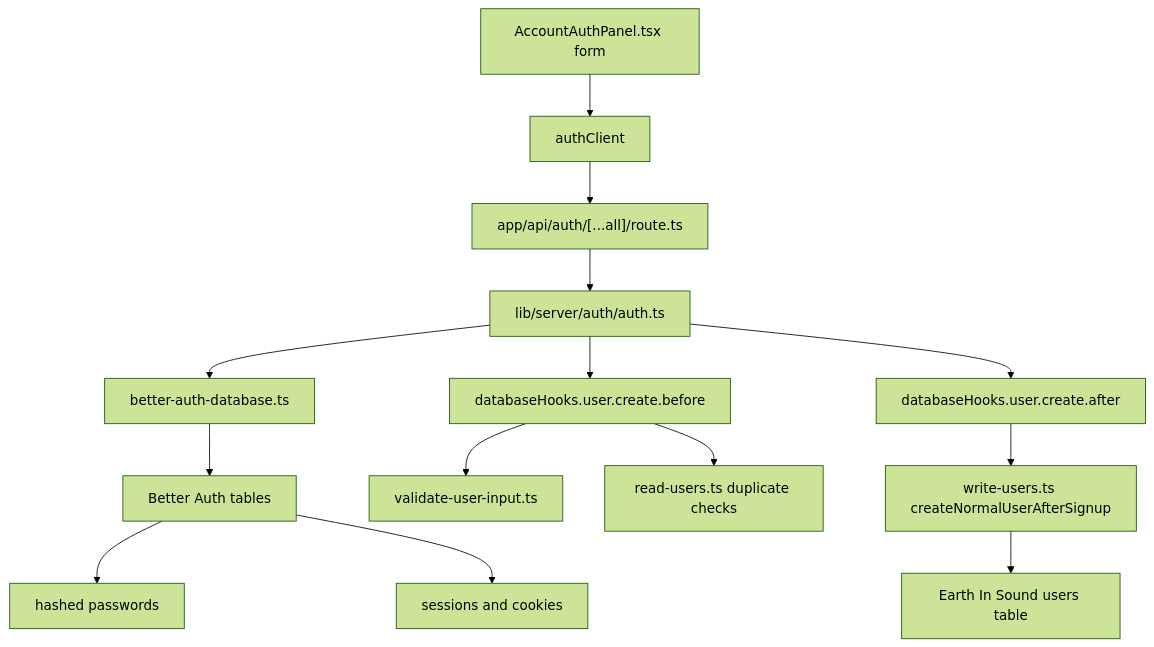
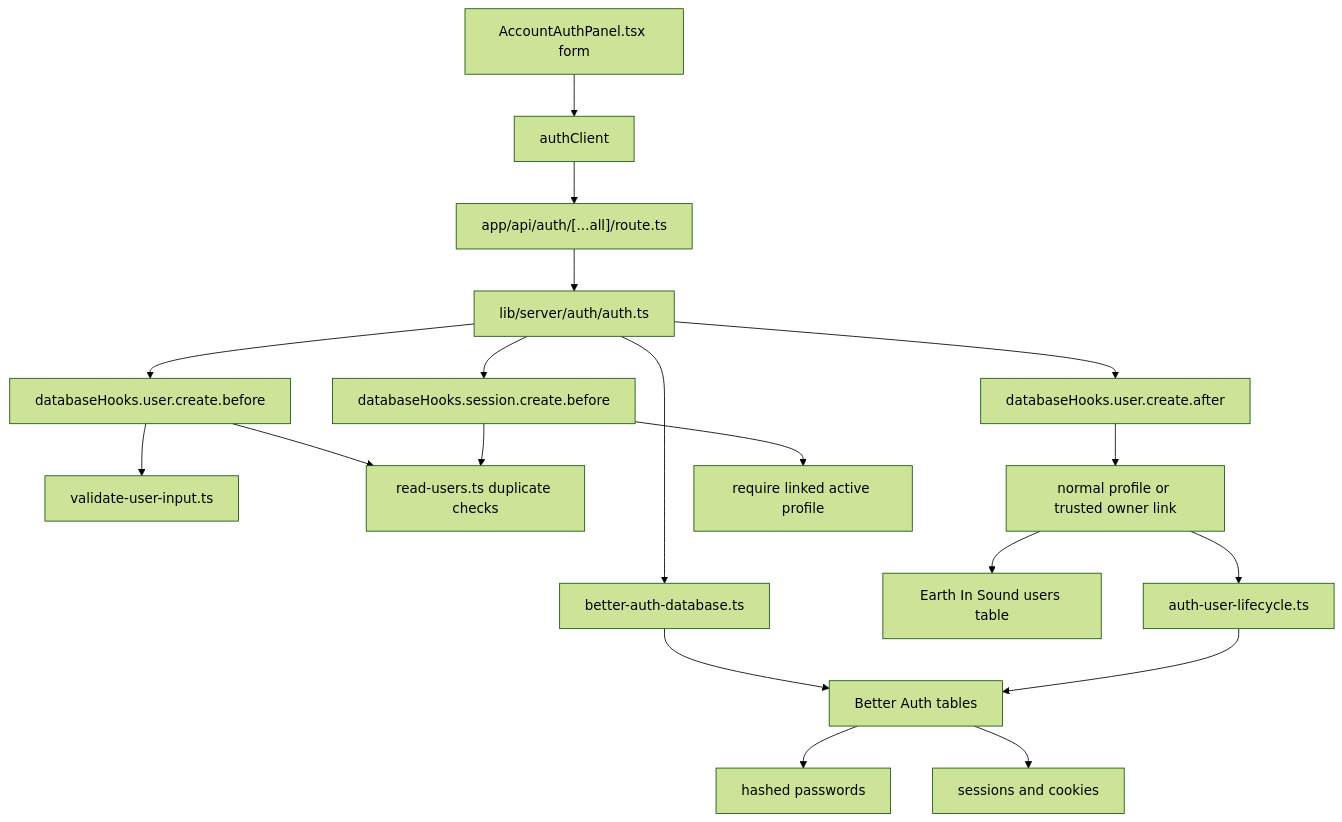
One commit to bucketb0t/Earth_In_Sound changed diagram 11 of 20 in PROJECT_LEARNING_FLOW.md. Above: the diagram before and after it, drawn with Mermaid (forest theme). The commit also changed other lines of this file and 20 other files, not shown here.

Commit message:
Disabled users are actually logged out, navbar uses the real session, the database prevents multiple owners

````diff
--- a/PROJECT_LEARNING_FLOW.md
+++ b/PROJECT_LEARNING_FLOW.md
@@ -2490,19 +2568,26 @@
 ```mermaid
 flowchart TD
   Form["AccountAuthPanel.tsx form"] --> Client["authClient"]
   Client --> Route["app/api/auth/[...all]/route.ts"]
   Route --> Auth["lib/server/auth/auth.ts"]
 
   Auth --> BetterDatabase["better-auth-database.ts"]
   BetterDatabase --> BetterTables["Better Auth tables"]
   BetterTables --> Passwords["hashed passwords"]
   BetterTables --> Sessions["sessions and cookies"]
 
   Auth --> BeforeHook["databaseHooks.user.create.before"]
   BeforeHook --> Validate["validate-user-input.ts"]
   BeforeHook --> ReadUsers["read-users.ts duplicate checks"]
 
   Auth --> AfterHook["databaseHooks.user.create.after"]
-  AfterHook --> WriteUsers["write-users.ts createNormalUserAfterSignup"]
+  AfterHook --> WriteUsers["normal profile or trusted owner link"]
   WriteUsers --> ProjectUsers["Earth In Sound users table"]
+
+  Auth --> SessionHook["databaseHooks.session.create.before"]
+  SessionHook --> ReadUsers
+  SessionHook --> ActiveOnly["require linked active profile"]
+
+  WriteUsers --> Lifecycle["auth-user-lifecycle.ts"]
+  Lifecycle --> BetterTables
 ```
````
